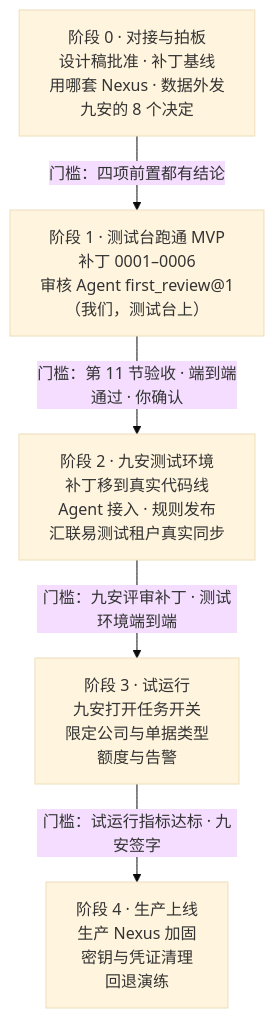
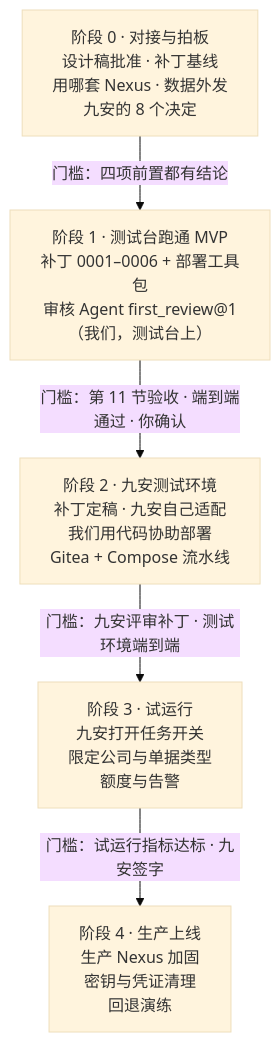
Before and after one commit to LiboMa/nexus-jiuan-agent-framework-poc: the diagram in docs/assets/diagrams/rollout-phases.mmd, drawn with Mermaid (base theme). The commit also changed 118 other files, not shown here.

```diff
--- a/docs/assets/diagrams/rollout-phases.mmd
+++ b/docs/assets/diagrams/rollout-phases.mmd
@@ -1,14 +1,14 @@
 flowchart TB
   p0["阶段 0 · 对接与拍板<br/>设计稿批准 · 补丁基线<br/>用哪套 Nexus · 数据外发<br/>九安的 8 个决定"]
-  p1["阶段 1 · 测试台跑通 MVP<br/>补丁 0001–0006<br/>审核 Agent first_review@1<br/>（我们，测试台上）"]
-  p2["阶段 2 · 九安测试环境<br/>补丁移到真实代码线<br/>Agent 接入 · 规则发布<br/>汇联易测试租户真实同步"]
+  p1["阶段 1 · 测试台跑通 MVP<br/>补丁 0001–0006 + 部署工具包<br/>审核 Agent first_review@1<br/>（我们，测试台上）"]
+  p2["阶段 2 · 九安测试环境<br/>补丁定稿 · 九安自己适配<br/>我们用代码协助部署<br/>Gitea + Compose 流水线"]
   p3["阶段 3 · 试运行<br/>九安打开任务开关<br/>限定公司与单据类型<br/>额度与告警"]
   p4["阶段 4 · 生产上线<br/>生产 Nexus 加固<br/>密钥与凭证清理<br/>回退演练"]
   p0 -- "门槛：四项前置都有结论" --> p1
   p1 -- "门槛：第 11 节验收 · 端到端通过 · 你确认" --> p2
   p2 -- "门槛：九安评审补丁 · 测试环境端到端" --> p3
   p3 -- "门槛：试运行指标达标 · 九安签字" --> p4
   class p0 warn
   class p1 poc
   class p2,p3 jiuan
   class p4 good
```
